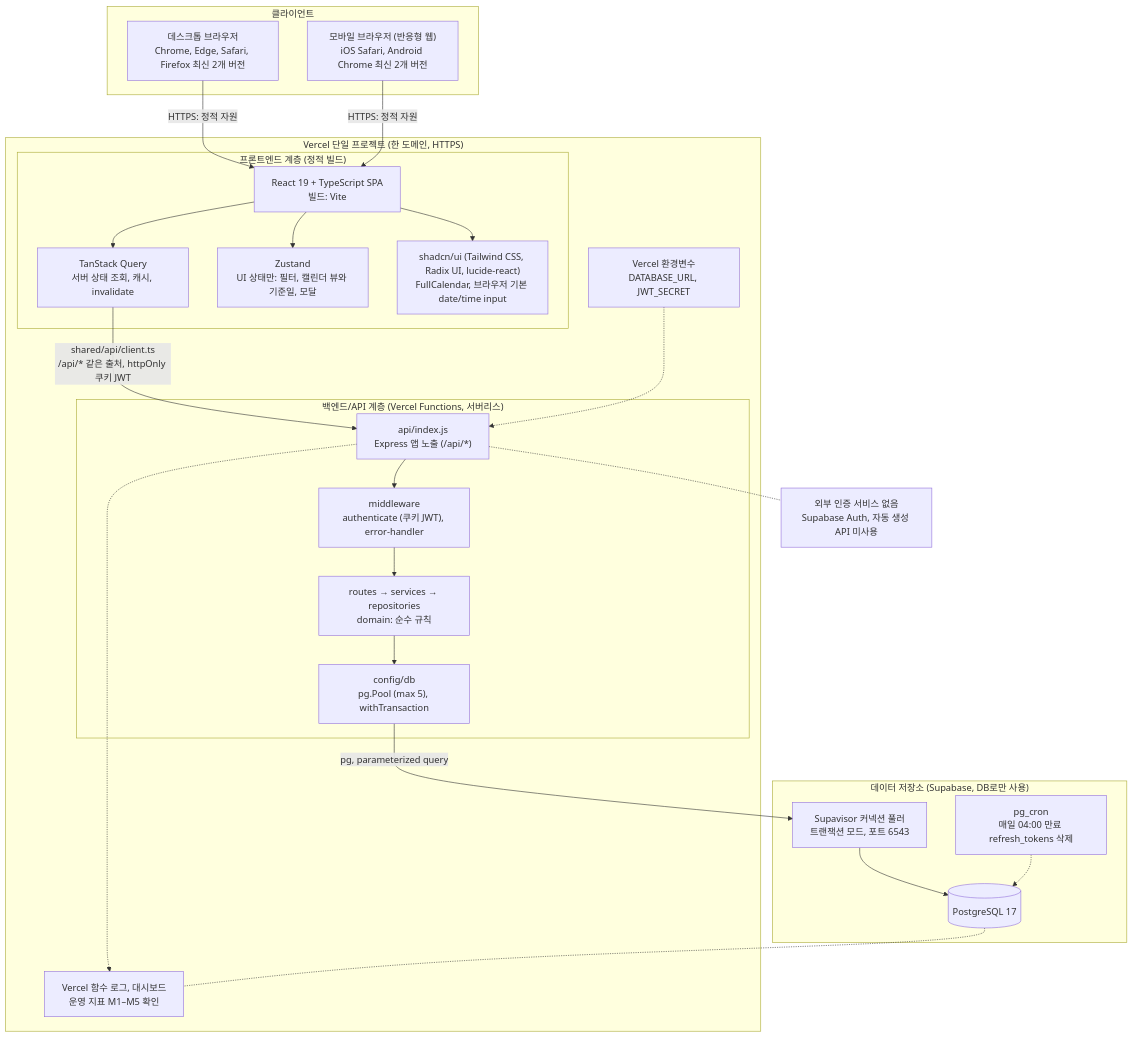
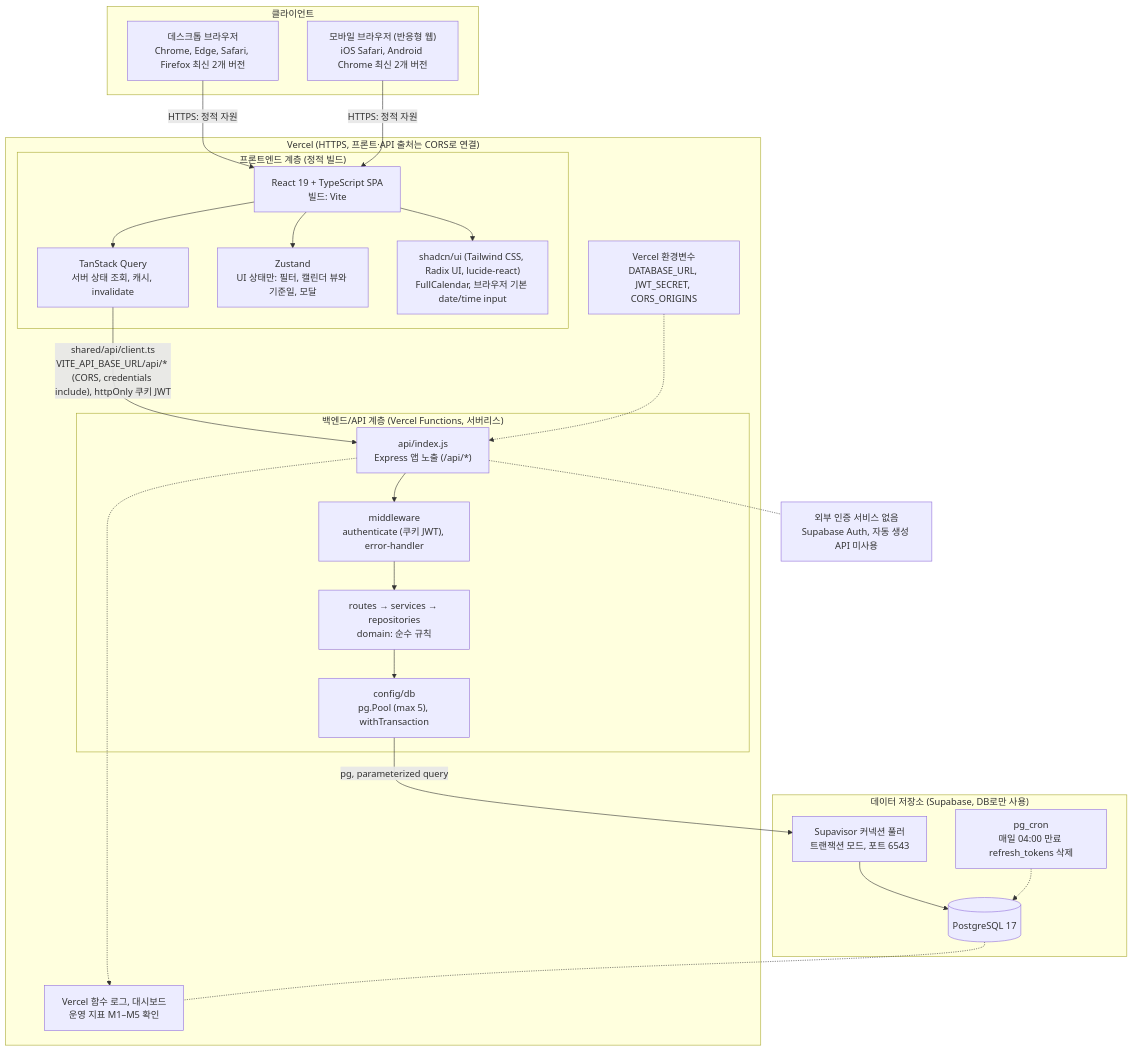
The first of 14 diagrams in docs/6-arch-diagram.md (hjining-o/todolist-app), drawn with Mermaid before and after one commit. The commit also changed other lines of this file and 21 other files, not shown here.

First line of the commit message:
feat: CORS 연결, 헬스 서버·DB 상태 분리, 개발용 Swagger UI, 토큰 만료 환경변수

````diff
--- a/docs/6-arch-diagram.md
+++ b/docs/6-arch-diagram.md
@@ -47,49 +47,49 @@
 ```mermaid
 flowchart TB
     subgraph CL["클라이언트"]
         BR["데스크톱 브라우저<br/>Chrome, Edge, Safari, Firefox 최신 2개 버전"]
         MB["모바일 브라우저 (반응형 웹)<br/>iOS Safari, Android Chrome 최신 2개 버전"]
     end
 
-    subgraph VC["Vercel 단일 프로젝트 (한 도메인, HTTPS)"]
+    subgraph VC["Vercel (HTTPS, 프론트·API 출처는 CORS로 연결)"]
         subgraph FEL["프론트엔드 계층 (정적 빌드)"]
             SPA["React 19 + TypeScript SPA<br/>빌드: Vite"]
             TQ["TanStack Query<br/>서버 상태 조회, 캐시, invalidate"]
             ZS["Zustand<br/>UI 상태만: 필터, 캘린더 뷰와 기준일, 모달"]
             UI["shadcn/ui (Tailwind CSS, Radix UI, lucide-react)<br/>FullCalendar, 브라우저 기본 date/time input"]
         end
         subgraph BEL["백엔드/API 계층 (Vercel Functions, 서버리스)"]
             FN["api/index.js<br/>Express 앱 노출 (/api/*)"]
             MW["middleware<br/>authenticate (쿠키 JWT), error-handler"]
             RS["routes → services → repositories<br/>domain: 순수 규칙"]
             POOL["config/db<br/>pg.Pool (max 5), withTransaction"]
         end
-        ENV["Vercel 환경변수<br/>DATABASE_URL, JWT_SECRET"]
+        ENV["Vercel 환경변수<br/>DATABASE_URL, JWT_SECRET, CORS_ORIGINS"]
         LOG["Vercel 함수 로그, 대시보드<br/>운영 지표 M1–M5 확인"]
     end
 
     subgraph DS["데이터 저장소 (Supabase, DB로만 사용)"]
         SUP["Supavisor 커넥션 풀러<br/>트랜잭션 모드, 포트 6543"]
         PG[("PostgreSQL 17")]
         CRON["pg_cron<br/>매일 04:00 만료 refresh_tokens 삭제"]
     end
 
     NOEXT["외부 인증 서비스 없음<br/>Supabase Auth, 자동 생성 API 미사용"]
 
     BR -->|"HTTPS: 정적 자원"| SPA
     MB -->|"HTTPS: 정적 자원"| SPA
     SPA --> TQ
     SPA --> ZS
     SPA --> UI
-    TQ -->|"shared/api/client.ts<br/>/api/* 같은 출처, httpOnly 쿠키 JWT"| FN
+    TQ -->|"shared/api/client.ts<br/>VITE_API_BASE_URL/api/* (CORS, credentials include), httpOnly 쿠키 JWT"| FN
     FN --> MW
     MW --> RS
     RS --> POOL
     POOL -->|"pg, parameterized query"| SUP
     SUP --> PG
     CRON -.-> PG
     ENV -.-> FN
     FN -.-> LOG
     FN -.- NOEXT
     PG -.- LOG
 ```
````
